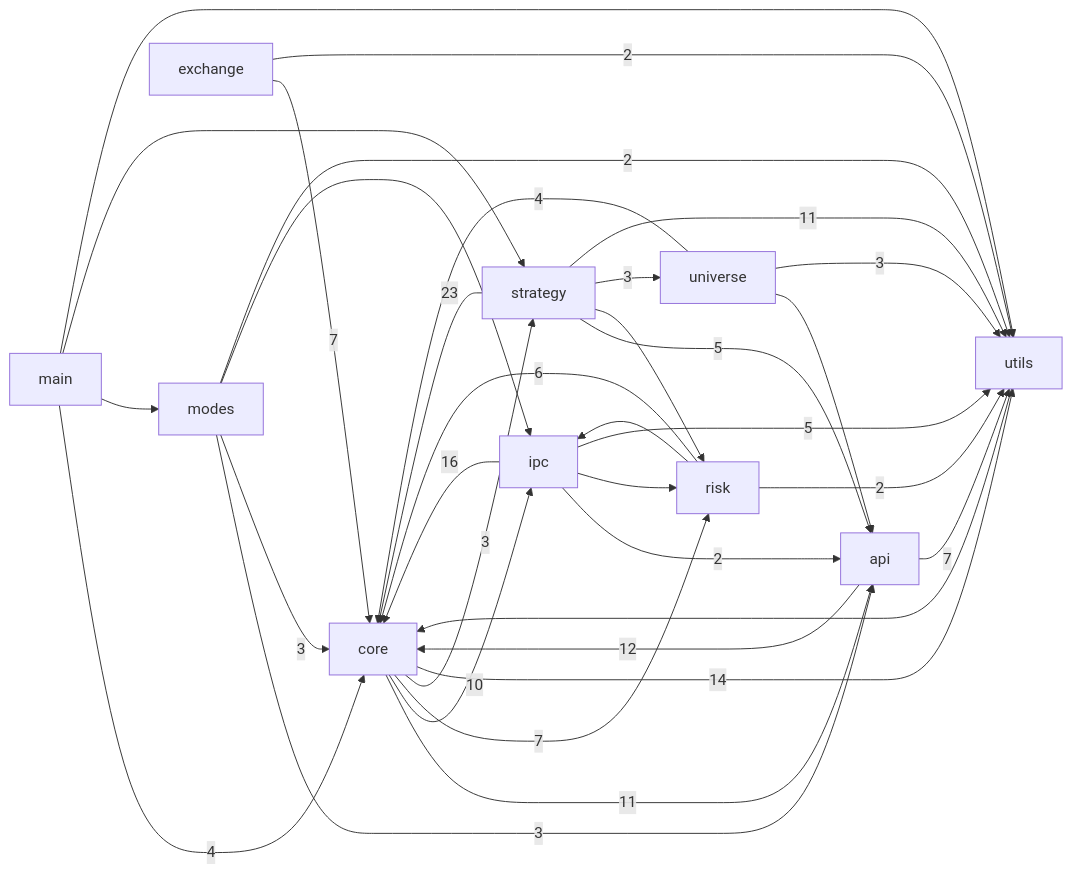
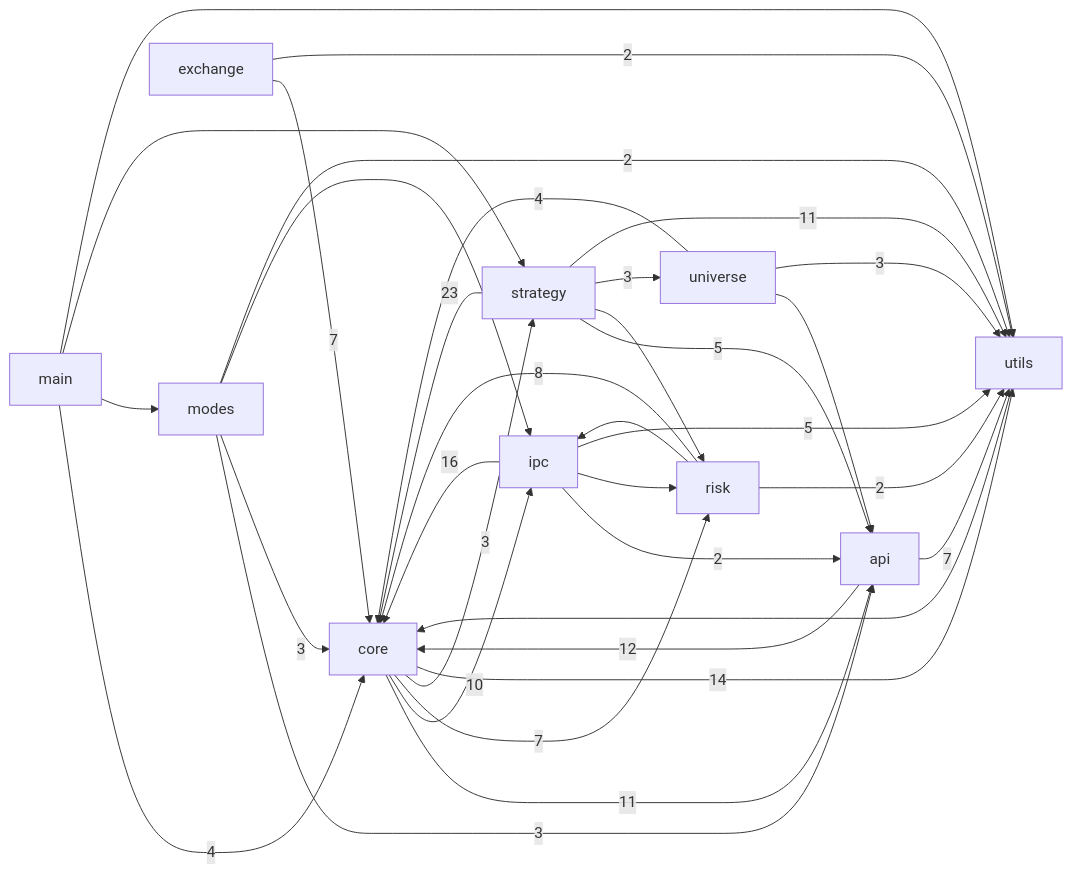
Before and after one commit to pypy8171/Quant: the first of 3 diagrams in docs/CODE_GRAPH.md, drawn with Mermaid. The commit also changed other lines of this file and 11 other files, not shown here.

````diff
--- a/docs/CODE_GRAPH.md
+++ b/docs/CODE_GRAPH.md
@@ -10,46 +10,46 @@
 ```mermaid
 graph LR
   main[main]
   modes[modes]
   core[core]
   strategy[strategy]
   api[api]
   universe[universe]
   risk[risk]
   ipc[ipc]
   utils[utils]
   exchange[exchange]
   api -->|12| core
   api -->|7| utils
   core -->|11| api
   core -->|10| ipc
   core -->|7| risk
   core -->|3| strategy
   core -->|14| utils
   exchange -->|7| core
   exchange -->|2| utils
   ipc -->|2| api
   ipc -->|16| core
   ipc --> risk
   ipc -->|5| utils
   main -->|4| core
   main --> modes
   main --> strategy
   main --> utils
   modes -->|3| api
   modes -->|3| core
   modes --> ipc
   modes -->|2| utils
-  risk -->|6| core
+  risk -->|8| core
   risk --> ipc
   risk -->|2| utils
   strategy -->|5| api
   strategy -->|23| core
   strategy --> risk
   strategy -->|3| universe
   strategy -->|11| utils
   universe --> api
   universe -->|4| core
   universe -->|3| utils
   utils --> core
 ```
````
